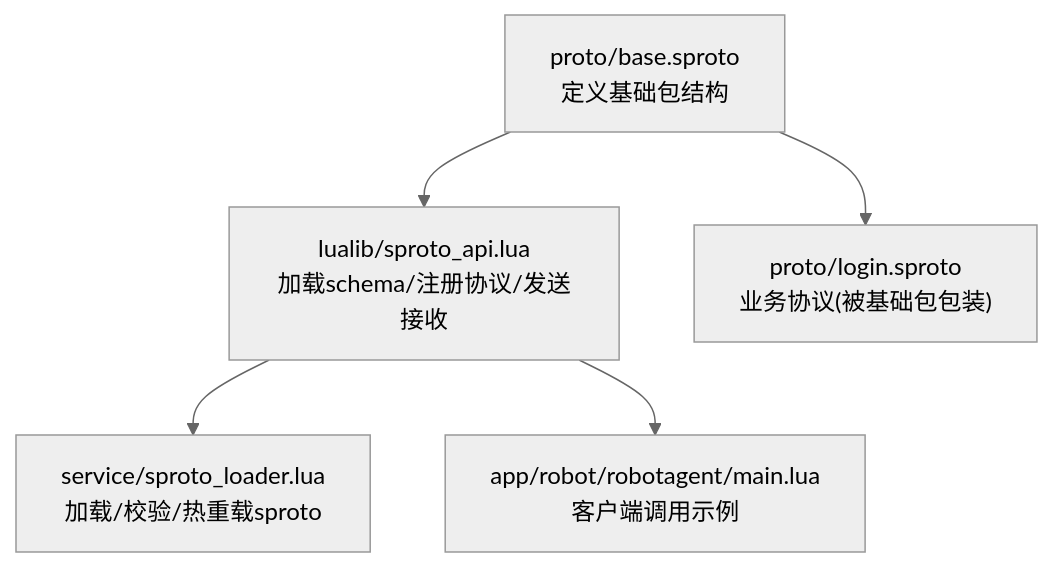
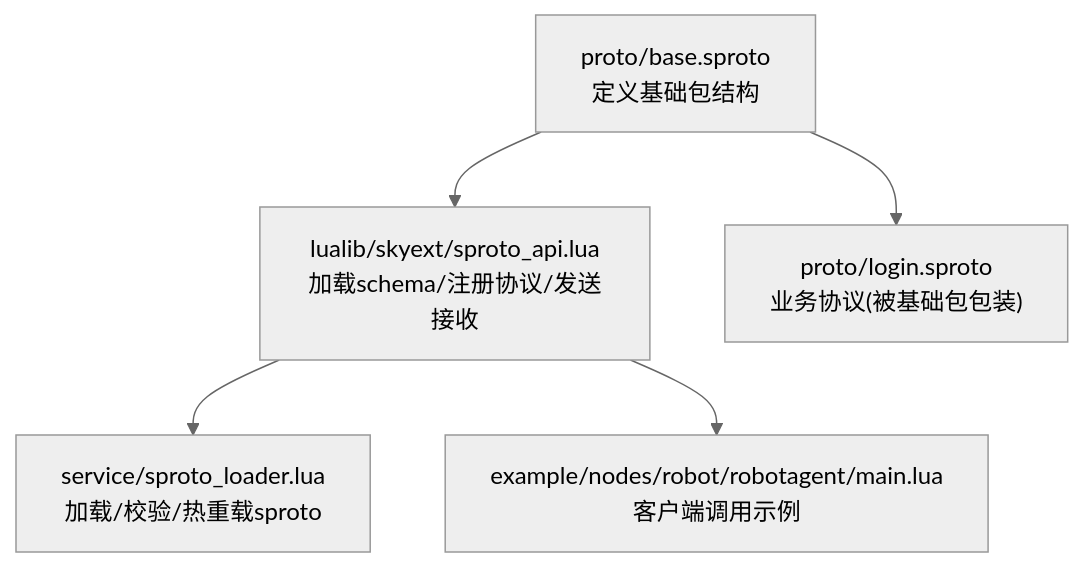
One commit to hanxi/skyext changed the first of 6 diagrams in docs/repowiki/zh/content/数据模型/协议定义/基础协议.md. Above: the diagram before and after it, drawn with Mermaid (neutral theme). The commit also changed other lines of this file and 117 other files, not shown here.

````diff
--- a/docs/repowiki/zh/content/数据模型/协议定义/基础协议.md
+++ b/docs/repowiki/zh/content/数据模型/协议定义/基础协议.md
@@ -33,7 +33,7 @@
 ```mermaid
 graph TB
-A["proto/base.sproto<br/>定义基础包结构"] --> B["lualib/sproto_api.lua<br/>加载schema/注册协议/发送接收"]
+A["proto/base.sproto<br/>定义基础包结构"] --> B["lualib/skyext/sproto_api.lua<br/>加载schema/注册协议/发送接收"]
 B --> C["service/sproto_loader.lua<br/>加载/校验/热重载sproto"]
-B --> D["app/robot/robotagent/main.lua<br/>客户端调用示例"]
+B --> D["example/nodes/robot/robotagent/main.lua<br/>客户端调用示例"]
 A --> E["proto/login.sproto<br/>业务协议(被基础包包装)"]
 ```
````
